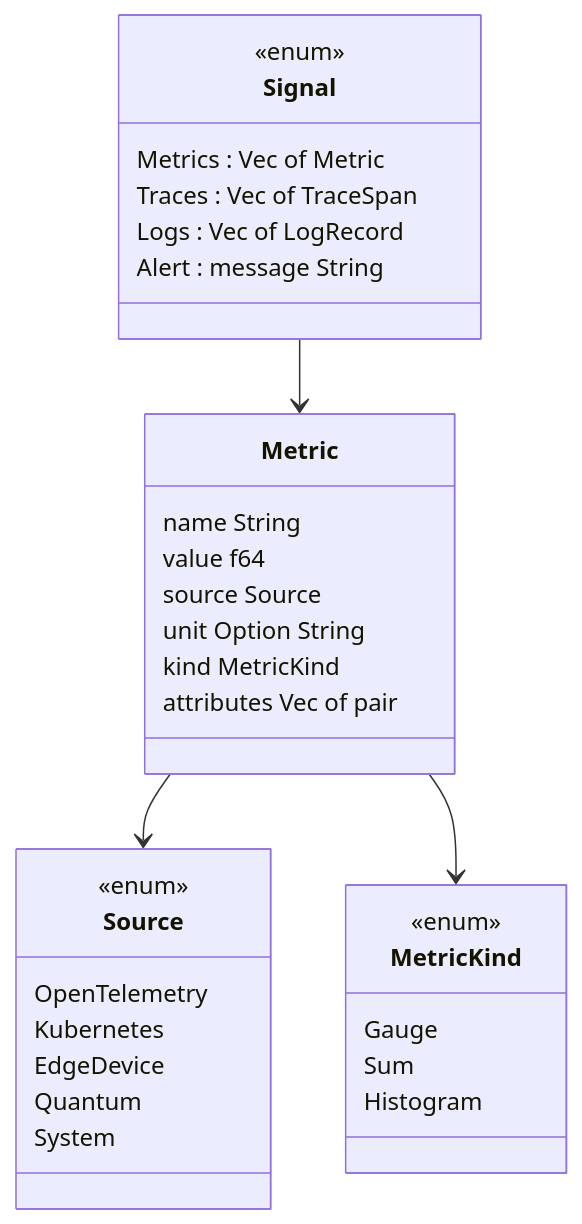
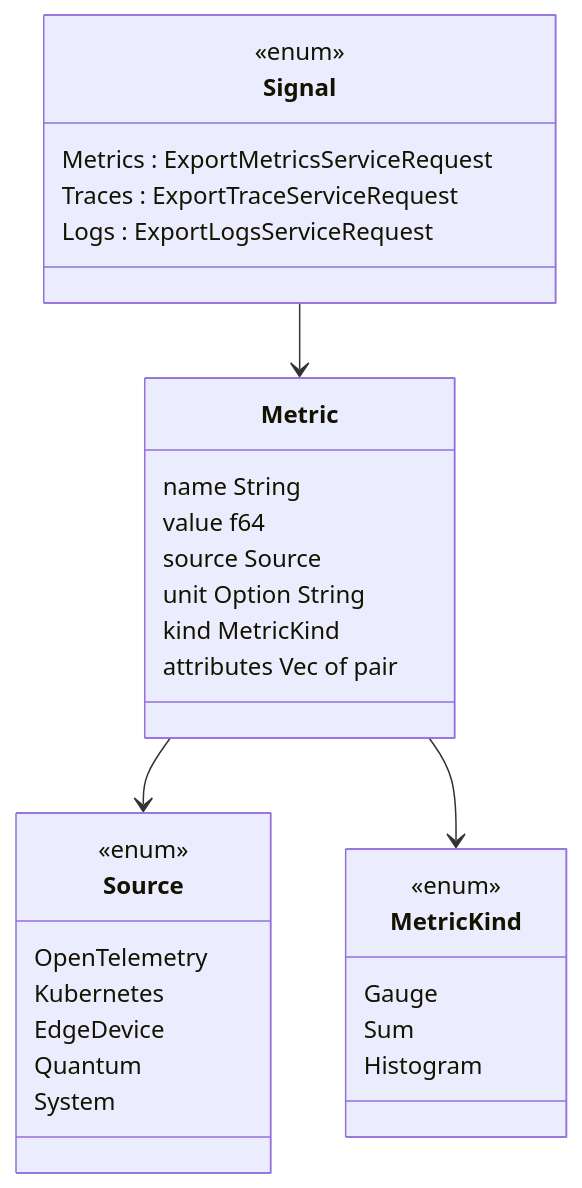
One commit to LuticaCANARD/skid-monitor changed the fourth of 5 diagrams in docs/edge-agent-deployment.md. Above: the diagram before and after it, drawn with Mermaid. The commit also changed other lines of this file and 31 other files, not shown here.

````diff
--- a/docs/edge-agent-deployment.md
+++ b/docs/edge-agent-deployment.md
@@ -440,35 +441,34 @@
 ```mermaid
 classDiagram
     class Signal {
         <<enum>>
-        Metrics : Vec of Metric
-        Traces : Vec of TraceSpan
-        Logs : Vec of LogRecord
-        Alert : message String
+        Metrics : ExportMetricsServiceRequest
+        Traces : ExportTraceServiceRequest
+        Logs : ExportLogsServiceRequest
     }
     class Metric {
         name String
         value f64
         source Source
         unit Option String
         kind MetricKind
         attributes Vec of pair
     }
     class Source {
         <<enum>>
         OpenTelemetry
         Kubernetes
         EdgeDevice
         Quantum
         System
     }
     class MetricKind {
         <<enum>>
         Gauge
         Sum
         Histogram
     }
     Signal --> Metric
     Metric --> Source
     Metric --> MetricKind
 ```
````
